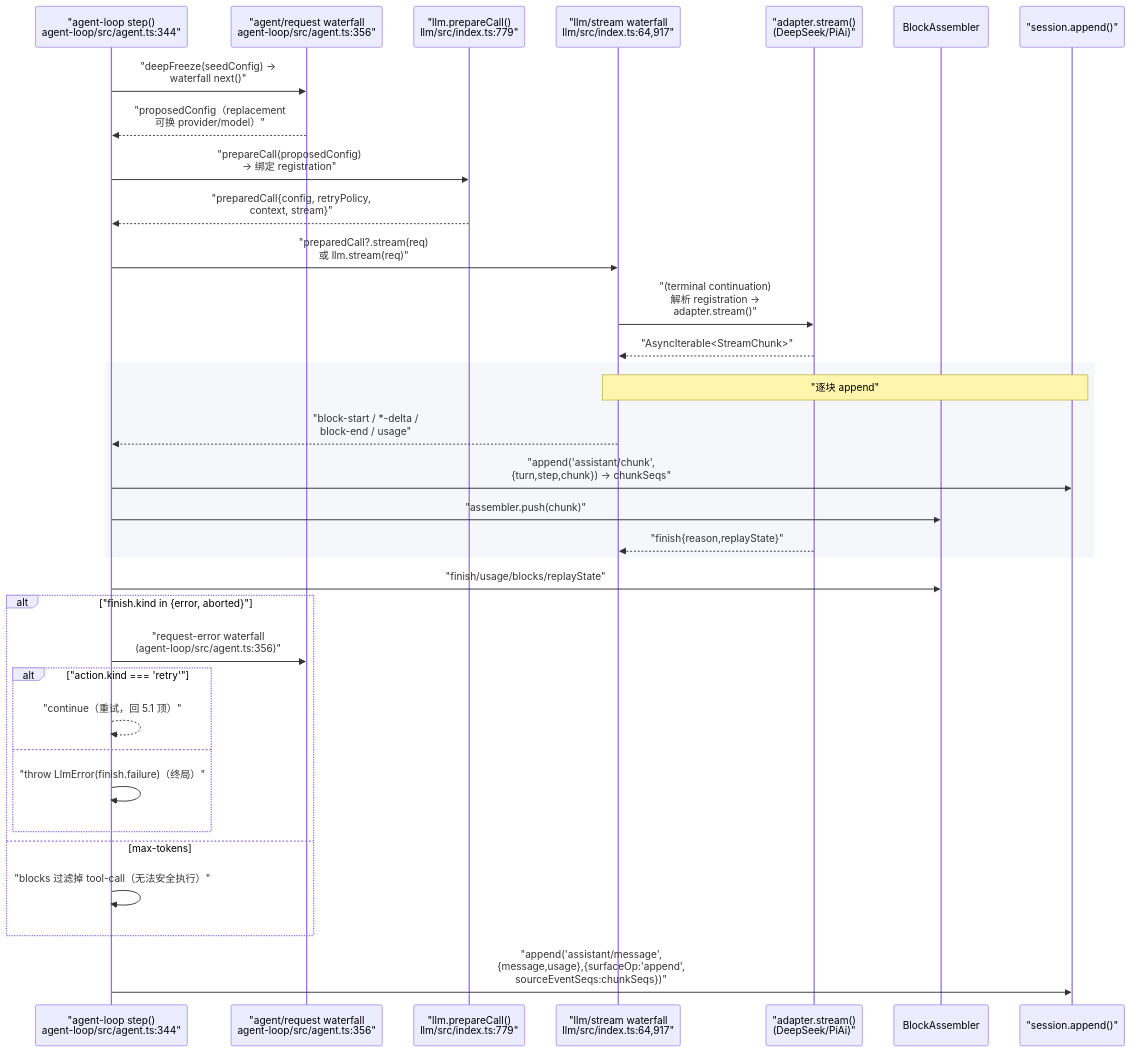
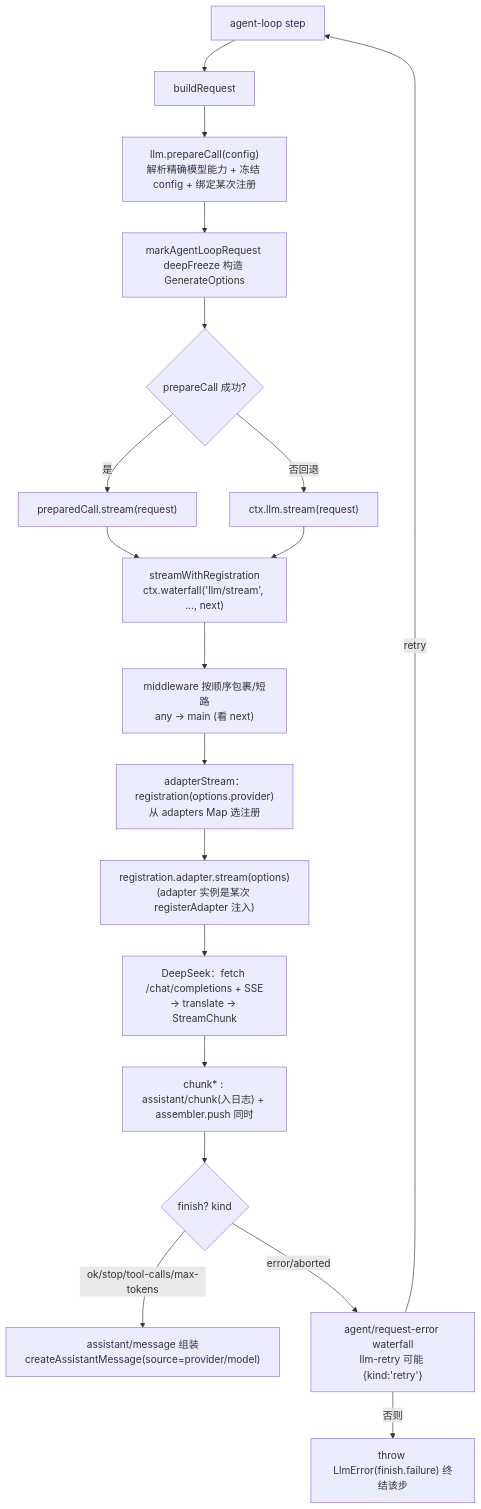
Before and after one commit to morehao/oss-insights: the diagram in ai-agent/deepseek-harness/llm.md, drawn with Mermaid. The commit also changed other lines of this file and 22 other files, not shown here.

````diff
--- a/ai-agent/deepseek-harness/llm.md
+++ b/ai-agent/deepseek-harness/llm.md
@@ -112,37 +171,21 @@
 ```mermaid
-sequenceDiagram
-  participant AgentLoop as "agent-loop step()<br>agent-loop/src/agent.ts:344"
-  participant Req as "agent/request waterfall<br>agent-loop/src/agent.ts:356"
-  participant Prepare as "llm.prepareCall()<br>llm/src/index.ts:779"
-  participant Stream as "llm/stream waterfall<br>llm/src/index.ts:64,917"
-  participant Adapter as "adapter.stream()<br>(DeepSeek/PiAi)"
-  participant Assem as BlockAssembler
-  participant Session as "session.append()"
-
-  AgentLoop->>Req: "deepFreeze(seedConfig) →<br>waterfall next()"
-  Req-->>AgentLoop: "proposedConfig（replacement<br>可换 provider/model）"
-  AgentLoop->>Prepare: "prepareCall(proposedConfig)<br>→ 绑定 registration"
-  Prepare-->>AgentLoop: "preparedCall{config, retryPolicy,<br>context, stream}"
-  AgentLoop->>Stream: "preparedCall?.stream(req)<br>或 llm.stream(req)"
-  Stream->>Adapter: "(terminal continuation)<br>解析 registration →<br>adapter.stream()"
-  Adapter-->>Stream: "AsyncIterable<StreamChunk>"
-  rect rgb(245,247,250)
-  Note over Stream,Session: "逐块 append"
-  Stream-->>AgentLoop: "block-start / *-delta /<br>block-end / usage"
-  AgentLoop->>Session: "append('assistant/chunk',<br>{turn,step,chunk}) → chunkSeqs"
-  AgentLoop->>Assem: "assembler.push(chunk)"
-  Adapter-->>Stream: "finish{reason,replayState}"
-  end
-  AgentLoop->>Assem: "finish/usage/blocks/replayState"
-  alt "finish.kind in {error, aborted}"
-    AgentLoop->>Req: "request-error waterfall<br>(agent-loop/src/agent.ts:356)"
-    alt "action.kind === 'retry'"
-      AgentLoop-->>AgentLoop: "continue（重试，回 5.1 顶）"
-    else
-      AgentLoop->>AgentLoop: "throw LlmError(finish.failure)（终局）"
-    end
-  else max-tokens
-    AgentLoop->>AgentLoop: "blocks 过滤掉 tool-call（无法安全执行）"
-  end
-  AgentLoop->>Session: "append('assistant/message',<br>{message,usage},{surfaceOp:'append',<br>sourceEventSeqs:chunkSeqs})"
+flowchart TD
+    A[agent-loop step] --> B[buildRequest]
+    B --> C["llm.prepareCall(config)<br>解析精确模型能力 + 冻结 config + 绑定某次注册"]
+    C --> D[markAgentLoopRequest deepFreeze 构造 GenerateOptions]
+    D --> E{"prepareCall 成功?"}
+    E -- 是 --> F["preparedCall.stream(request)"]
+    E -- 否回退 --> G["ctx.llm.stream(request)"]
+    F --> M
+    G --> M["streamWithRegistration<br>ctx.waterfall('llm/stream', ..., next)"]
+    M --> H["middleware 按顺序包裹/短路<br>any -> main (看 next)"]
+    H --> I["adapterStream：registration(options.provider)<br>从 adapters Map 选注册"]
+    I --> J["registration.adapter.stream(options)<br>(adapter 实例是某次 registerAdapter 注入)"]
+    J --> K["DeepSeek：fetch /chat/completions + SSE<br>-> translate -> StreamChunk"]
+    K --> L["chunk* : assistant/chunk(入日志) + assembler.push 同时"]
+    L --> N{"finish? kind"}
+    N -- ok/stop/tool-calls/max-tokens --> O["assistant/message 组装<br>createAssistantMessage(source=provider/model)"]
+    N -- error/aborted --> P["agent/request-error waterfall<br>llm-retry 可能 {kind:'retry'}"]
+    P -- retry --> A
+    P -- 否则 --> Q["throw LlmError(finish.failure) 终结该步"]
 ```
````
